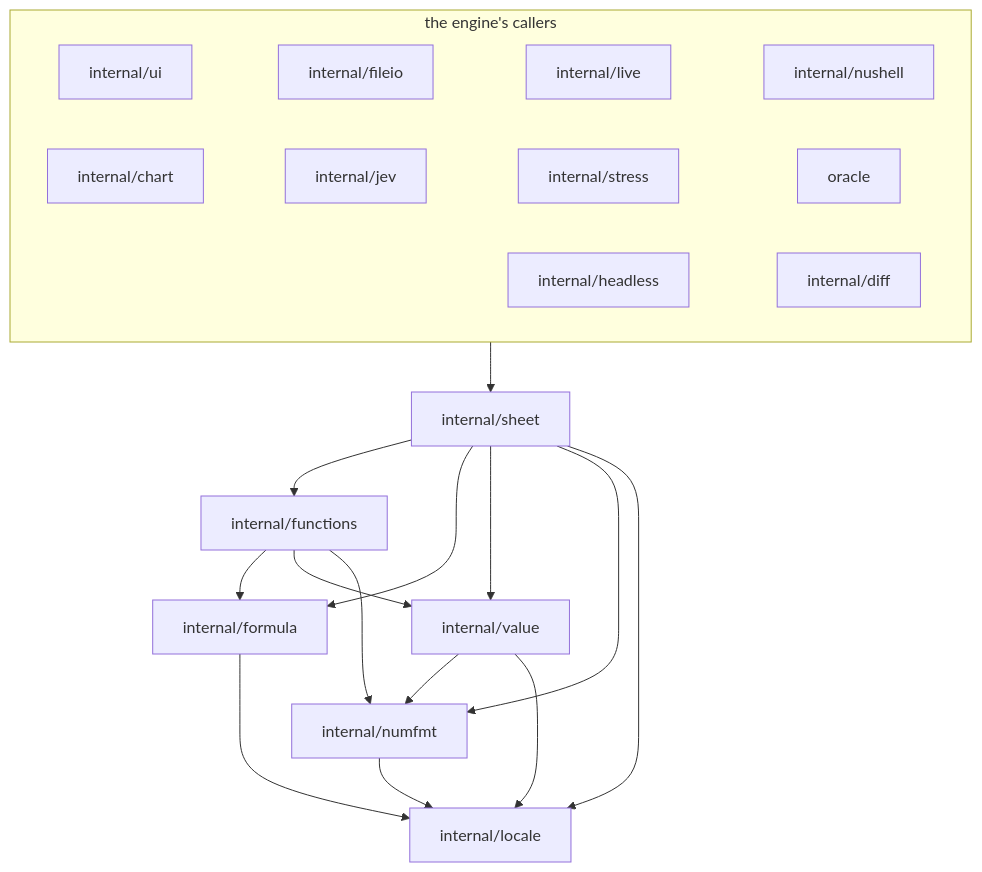
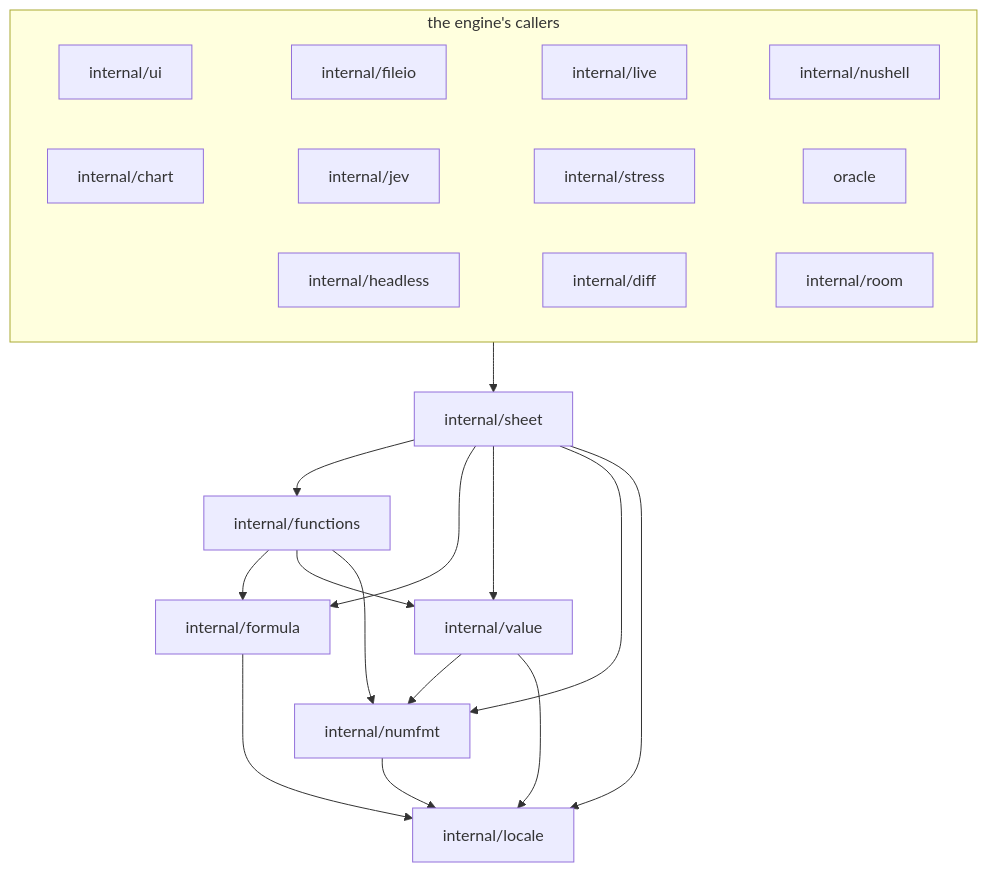
Before and after one commit to FelineStateMachine/012: the first of 7 diagrams in docs/contributing/architecture.md, drawn with Mermaid. The commit also changed other lines of this file and 11 other files, not shown here.

````diff
--- a/docs/contributing/architecture.md
+++ b/docs/contributing/architecture.md
@@ -68,22 +69,22 @@
 ```mermaid
 flowchart TD
   subgraph callers [the engine's callers]
     direction LR
     ui[internal/ui] ~~~ fileio[internal/fileio] ~~~ live[internal/live] ~~~ nushell[internal/nushell]
     chart[internal/chart] ~~~ jev[internal/jev] ~~~ stress[internal/stress] ~~~ oracle[oracle]
-    headless[internal/headless] ~~~ diff[internal/diff]
+    headless[internal/headless] ~~~ diff[internal/diff] ~~~ room[internal/room]
   end
   callers --> sheet[internal/sheet]
   sheet --> functions[internal/functions]
   sheet --> formula[internal/formula]
   sheet --> value[internal/value]
   sheet --> numfmt[internal/numfmt]
   sheet --> locale[internal/locale]
   functions --> formula
   functions --> value
   functions --> numfmt
   value --> numfmt
   value --> locale
   formula --> locale
   numfmt --> locale
 ```
````
